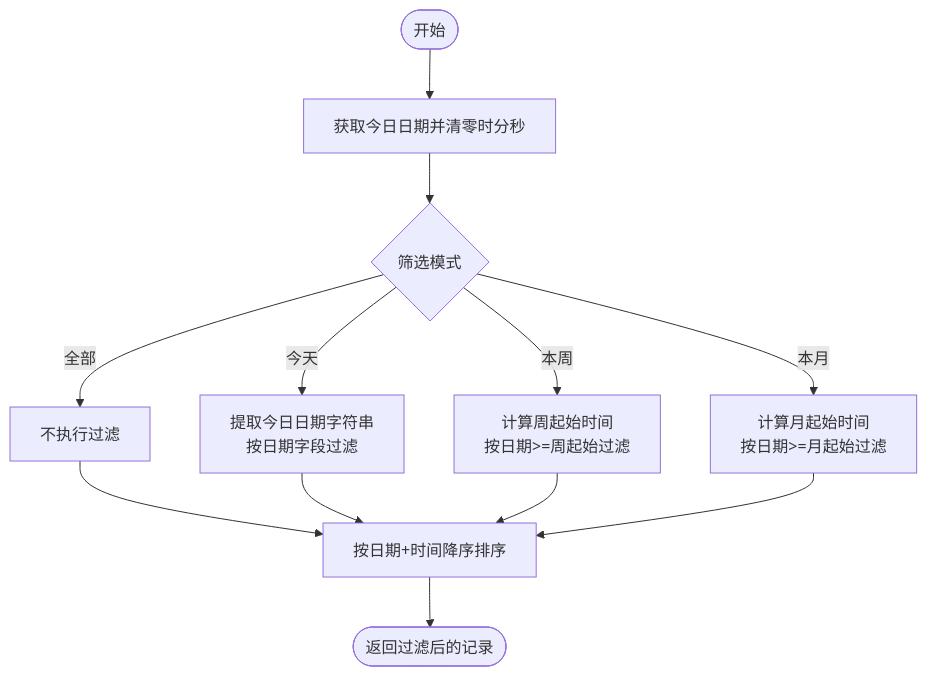
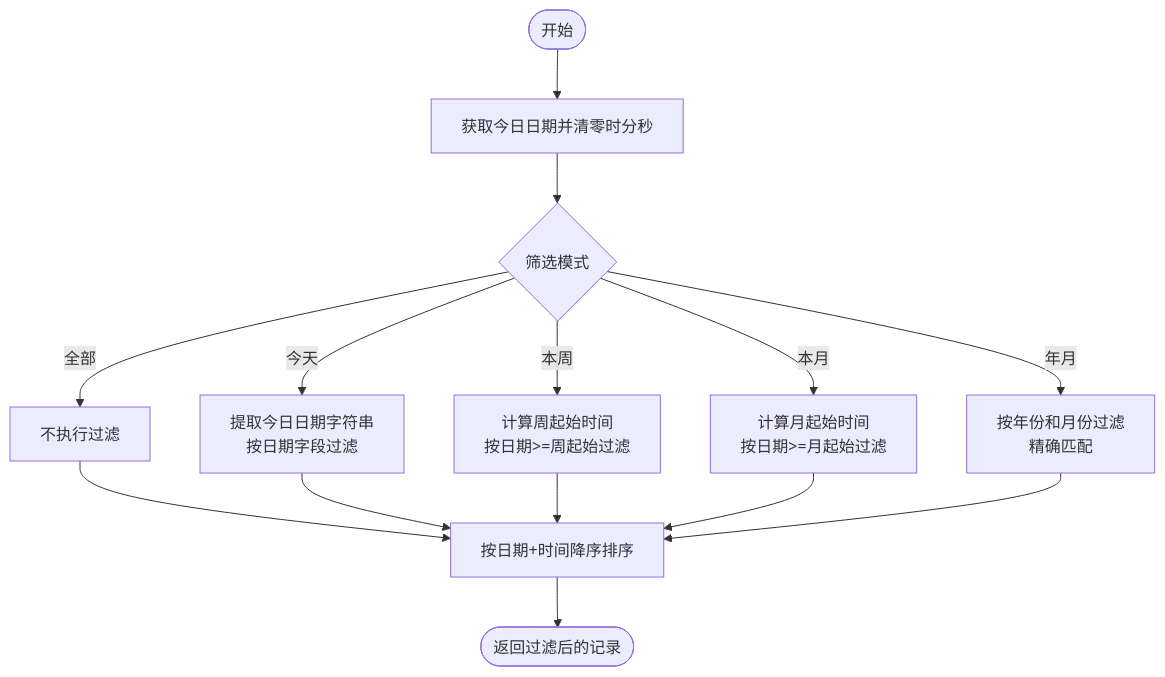
Before and after one commit to shisfish/miaobill: the fourth of 7 diagrams in .qoder/repowiki/zh/content/页面组件详解/统计页面.md, drawn with Mermaid. The commit also changed other lines of this file and 18 other files, not shown here.

````diff
--- a/.qoder/repowiki/zh/content/页面组件详解/统计页面.md
+++ b/.qoder/repowiki/zh/content/页面组件详解/统计页面.md
@@ -159,14 +233,16 @@
 ```mermaid
 flowchart TD
 Start(["开始"]) --> GetToday["获取今日日期并清零时分秒"]
 GetToday --> Mode{"筛选模式"}
 Mode --> |全部| Pass["不执行过滤"]
 Mode --> |今天| Today["提取今日日期字符串<br/>按日期字段过滤"]
 Mode --> |本周| Week["计算周起始时间<br/>按日期>=周起始过滤"]
 Mode --> |本月| Month["计算月起始时间<br/>按日期>=月起始过滤"]
+Mode --> |年月| YearMonth["按年份和月份过滤<br/>精确匹配"]
 Pass --> Sort["按日期+时间降序排序"]
 Today --> Sort
 Week --> Sort
 Month --> Sort
+YearMonth --> Sort
 Sort --> End(["返回过滤后的记录"])
 ```
````
